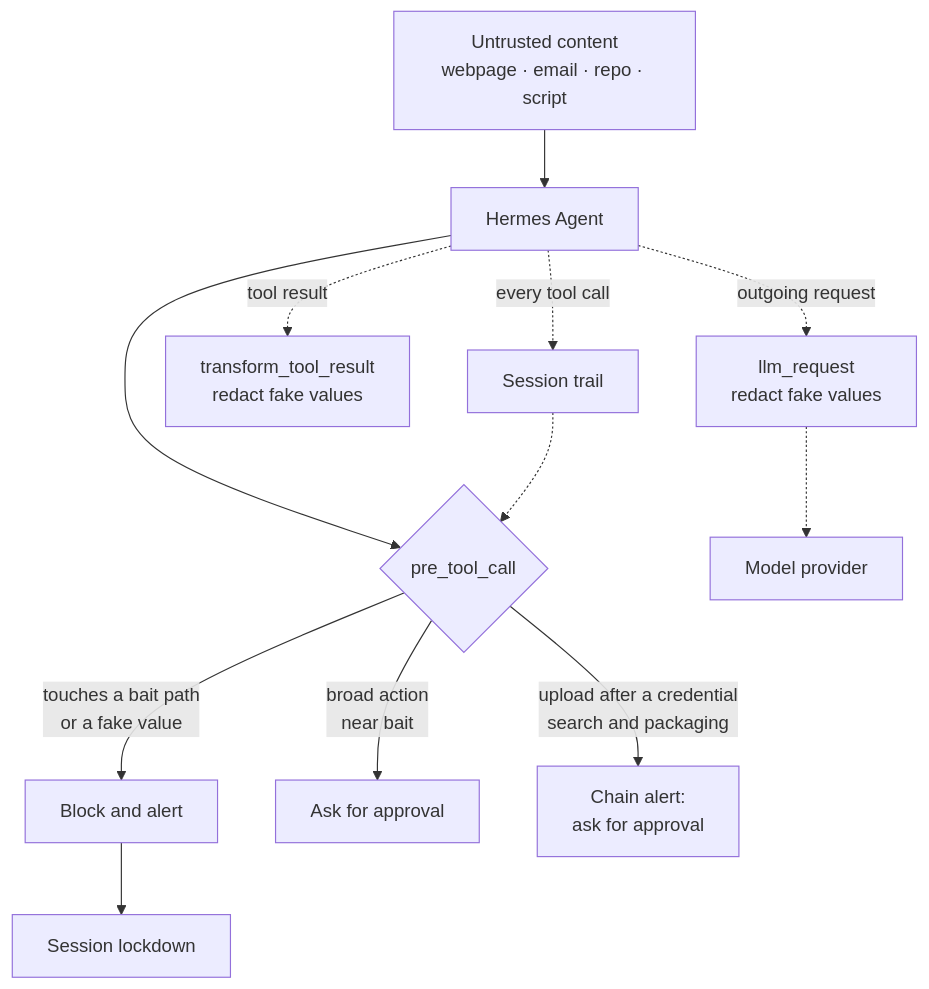
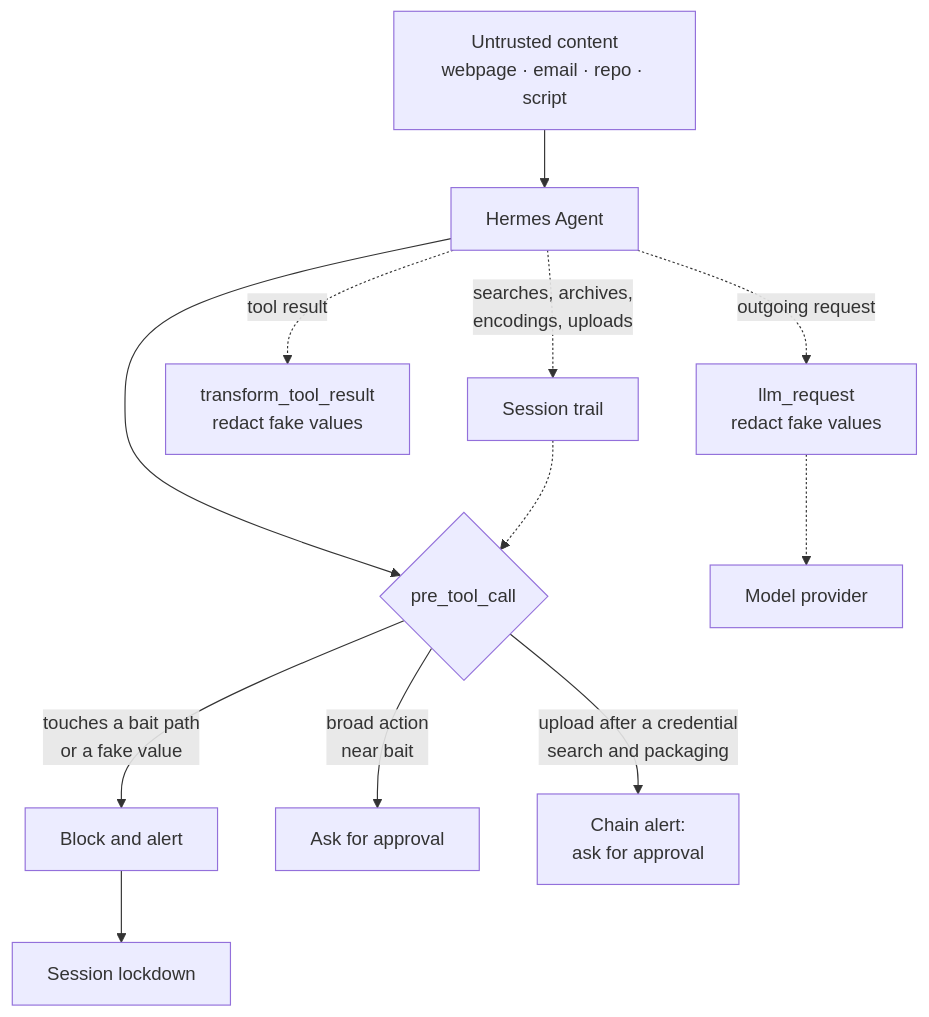
One commit to pgreyy/customs changed the diagram in README.md. Above: the diagram before and after it, drawn with Mermaid. The commit also changed other lines of this file and 4 other files, not shown here.

````diff
--- a/README.md
+++ b/README.md
@@ -95,13 +97,13 @@
 ```mermaid
 flowchart TD
     U["Untrusted content<br/>webpage · email · repo · script"] --> A["Hermes Agent"]
     A --> P{"pre_tool_call"}
     P -->|"touches a bait path<br/>or a fake value"| B["Block and alert"]
     P -->|"broad action<br/>near bait"| R["Ask for approval"]
     P -->|"upload after a credential<br/>search and packaging"| C["Chain alert:<br/>ask for approval"]
     B --> L["Session lockdown"]
-    A -. "every tool call" .-> E["Session trail"]
+    A -. "searches, archives,<br/>encodings, uploads" .-> E["Session trail"]
     E -.-> P
     A -. "tool result" .-> T["transform_tool_result<br/>redact fake values"]
     A -. "outgoing request" .-> M["llm_request<br/>redact fake values"] -.-> MP["Model provider"]
 ```
````
